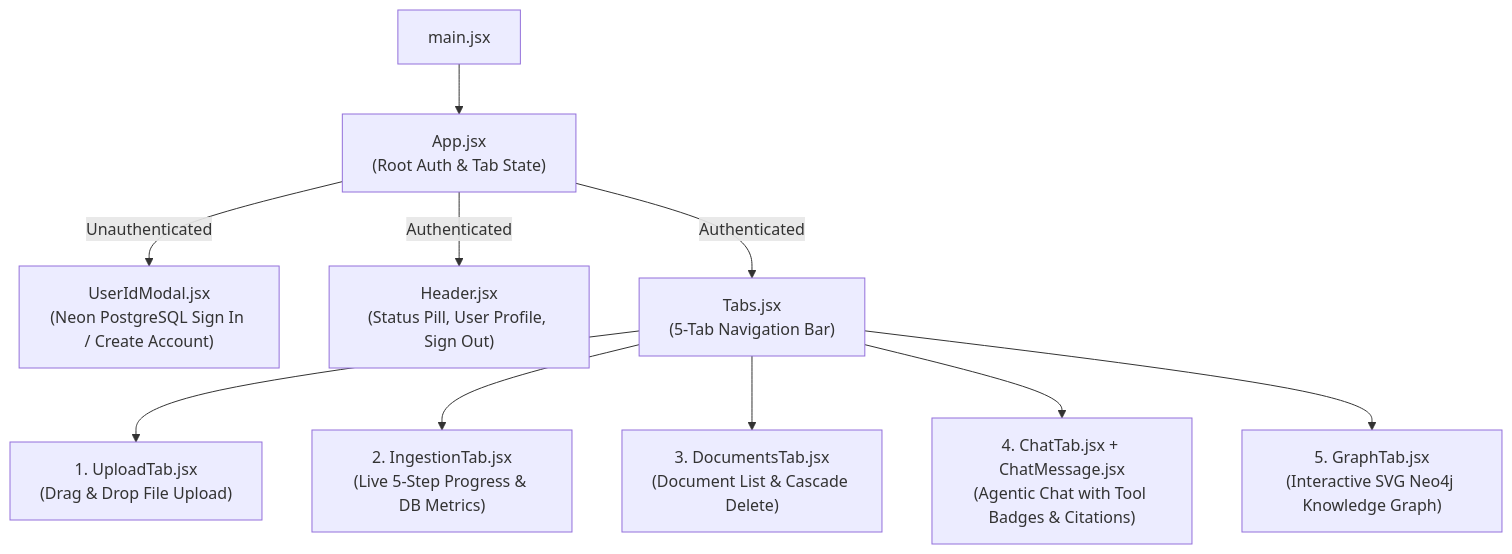
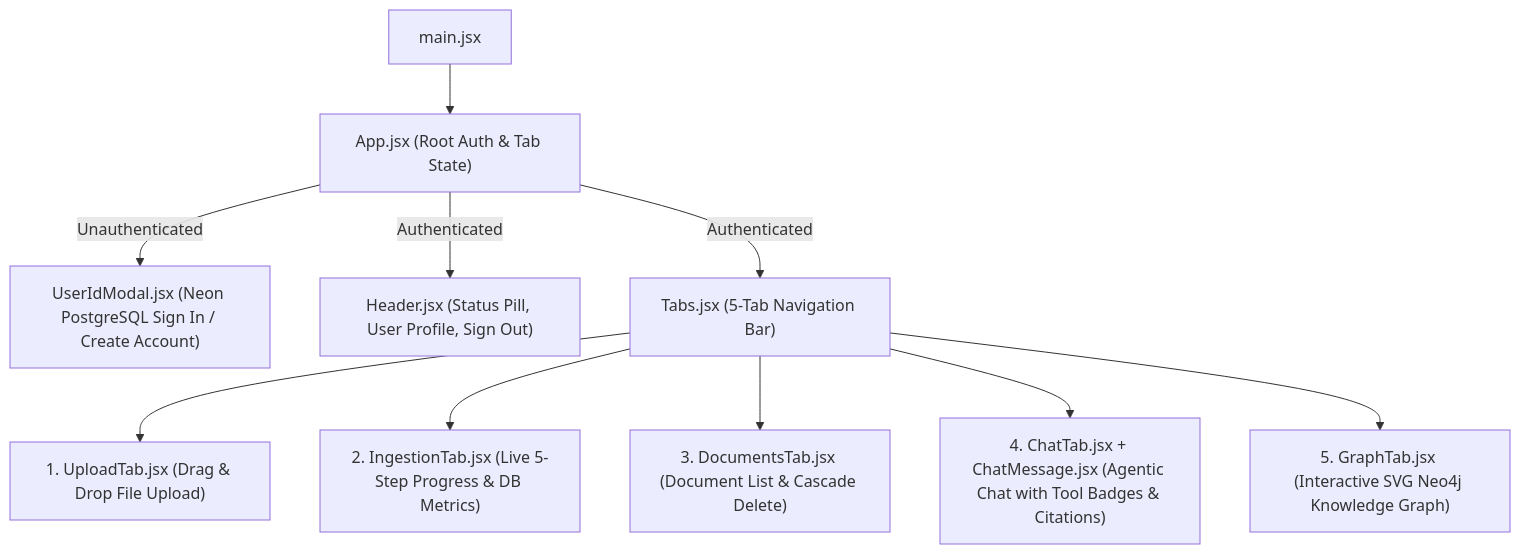
Before and after one commit to Dronanaik/adk_rag: the diagram in docs/FRONTEND.md, drawn with Mermaid. The commit also changed 10 other files, not shown here.

````diff
--- a/docs/FRONTEND.md
+++ b/docs/FRONTEND.md
@@ -9,12 +9,12 @@
 ```mermaid
 flowchart TD
-    Main["main.jsx"] --> App["App.jsx\n(Root Auth & Tab State)"]
-    App -->|Unauthenticated| AuthModal["UserIdModal.jsx\n(Neon PostgreSQL Sign In / Create Account)"]
-    App -->|Authenticated| Header["Header.jsx\n(Status Pill, User Profile, Sign Out)"]
-    App -->|Authenticated| Tabs["Tabs.jsx\n(5-Tab Navigation Bar)"]
-    Tabs --> T1["1. UploadTab.jsx\n(Drag & Drop File Upload)"]
-    Tabs --> T2["2. IngestionTab.jsx\n(Live 5-Step Progress & DB Metrics)"]
-    Tabs --> T3["3. DocumentsTab.jsx\n(Document List & Cascade Delete)"]
-    Tabs --> T4["4. ChatTab.jsx + ChatMessage.jsx\n(Agentic Chat with Tool Badges & Citations)"]
-    Tabs --> T5["5. GraphTab.jsx\n(Interactive SVG Neo4j Knowledge Graph)"]
+    Main["main.jsx"] --> App["App.jsx (Root Auth & Tab State)"]
+    App -->|Unauthenticated| AuthModal["UserIdModal.jsx (Neon PostgreSQL Sign In / Create Account)"]
+    App -->|Authenticated| Header["Header.jsx (Status Pill, User Profile, Sign Out)"]
+    App -->|Authenticated| Tabs["Tabs.jsx (5-Tab Navigation Bar)"]
+    Tabs --> T1["1. UploadTab.jsx (Drag & Drop File Upload)"]
+    Tabs --> T2["2. IngestionTab.jsx (Live 5-Step Progress & DB Metrics)"]
+    Tabs --> T3["3. DocumentsTab.jsx (Document List & Cascade Delete)"]
+    Tabs --> T4["4. ChatTab.jsx + ChatMessage.jsx (Agentic Chat with Tool Badges & Citations)"]
+    Tabs --> T5["5. GraphTab.jsx (Interactive SVG Neo4j Knowledge Graph)"]
 ```
````
